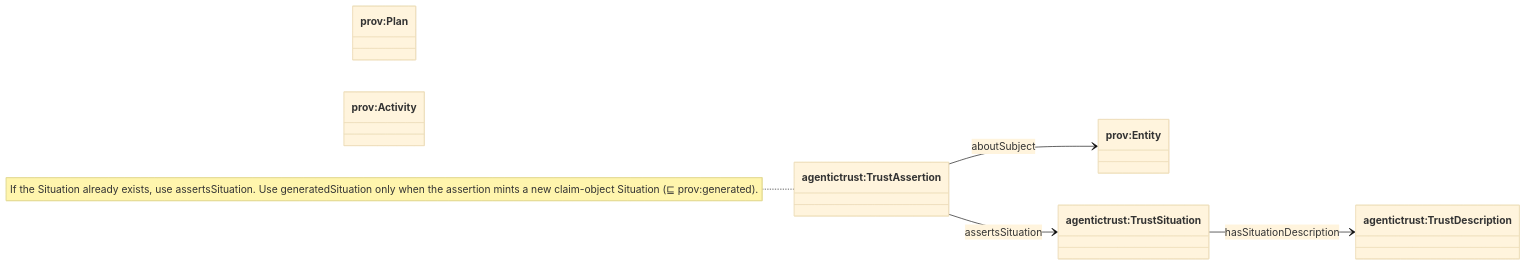
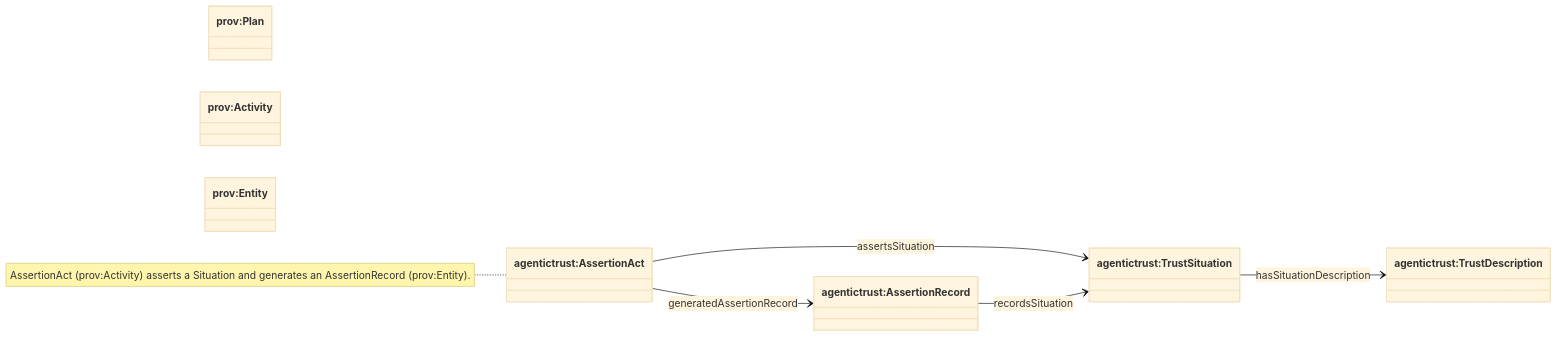
Before and after one commit to Agentic-Trust-Layer/agent-explorer: the second of 2 diagrams in docs/ontology/provenance.md, drawn with Mermaid (base theme). The commit also changed other lines of this file and 4 other files, not shown here.

````diff
--- a/docs/ontology/provenance.md
+++ b/docs/ontology/provenance.md
@@ -26,18 +28,20 @@
 ```mermaid
 classDiagram
 direction LR
 
 class provPlan["prov:Plan"]
 class provActivity["prov:Activity"]
 class provEntity["prov:Entity"]
 
 class TrustDescription["agentictrust:TrustDescription"]
 class TrustSituation["agentictrust:TrustSituation"]
-class TrustAssertion["agentictrust:TrustAssertion"]
+class AssertionAct["agentictrust:AssertionAct"]
+class AssertionRecord["agentictrust:AssertionRecord"]
 
 TrustSituation --> TrustDescription : hasSituationDescription
-TrustAssertion --> TrustSituation : assertsSituation
-TrustAssertion --> provEntity : aboutSubject
+AssertionAct --> TrustSituation : assertsSituation
+AssertionAct --> AssertionRecord : generatedAssertionRecord
+AssertionRecord --> TrustSituation : recordsSituation
 
-note for TrustAssertion "If the Situation already exists, use assertsSituation. Use generatedSituation only when the assertion mints a new claim-object Situation (⊑ prov:generated)."
+note for AssertionAct "AssertionAct (prov:Activity) asserts a Situation and generates an AssertionRecord (prov:Entity)."
 ```
````
